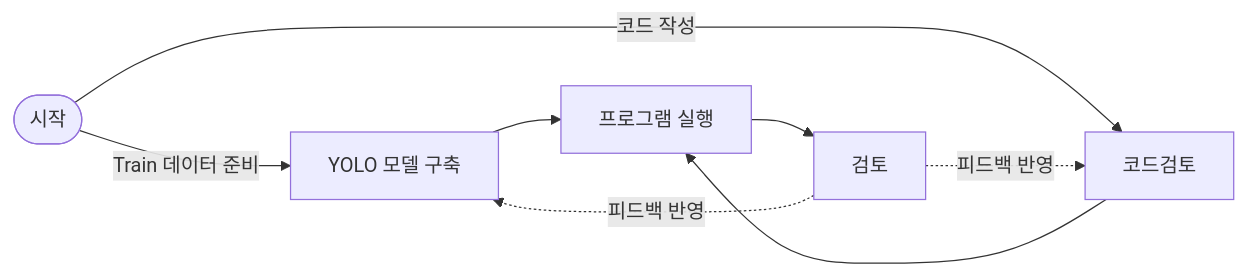
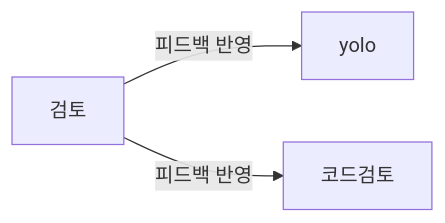
Before and after one commit to gamdumdum/my-project: the second of 2 diagrams in README.md, drawn with Mermaid. The commit also changed other lines of this file, not shown here.

````diff
--- a/README.md
+++ b/README.md
@@ -23,15 +24,6 @@
 ```mermaid
 flowchart LR
-    시작([시작])
-    시작 -->|Train 데이터 준비| Yolo[YOLO 모델 구축]
-    시작 -->|코드 작성| 코드검토[코드검토]
-
-    Yolo --> 실행[프로그램 실행]
-    코드검토 --> 실행
-
-    실행 --> 검토[검토]
-
-    검토 -.->|피드백 반영| 코드검토
-    검토 -.->|피드백 반영| Yolo
+    검토[검토] -->|피드백 반영|yolo
+    검토 -->|피드백 반영|코드검토
 
 ```
````
